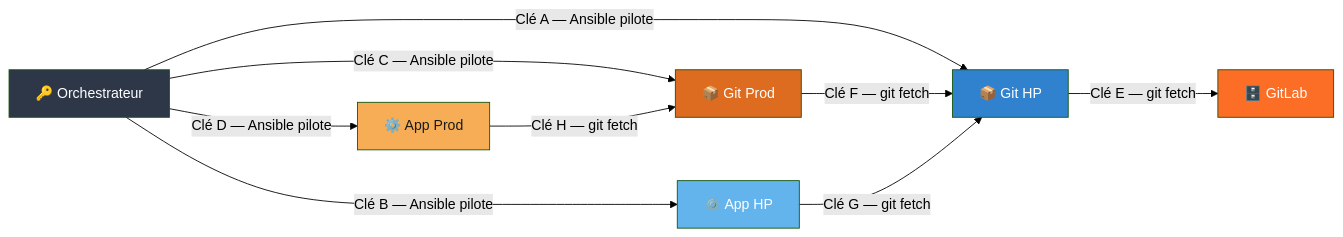
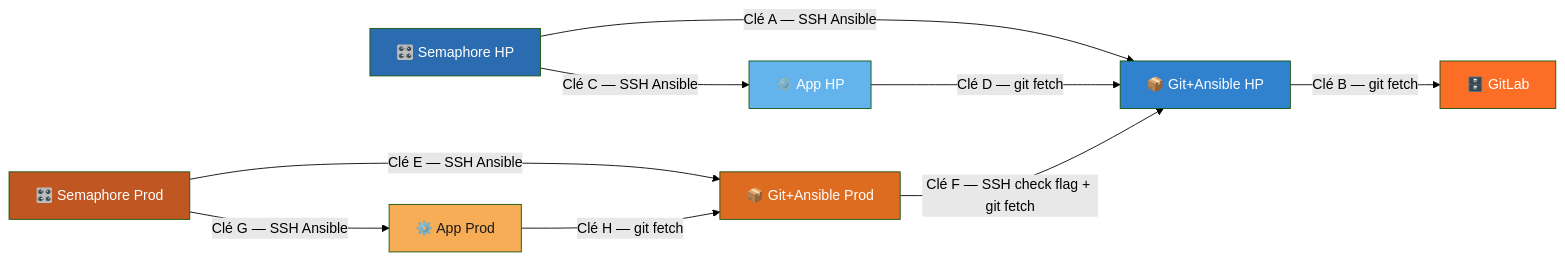
Before and after one commit to s4uroon/CI-CD: the second of 3 diagrams in docs/architecture.md, drawn with Mermaid (forest theme). The commit also changed other lines of this file and 33 other files, not shown here.

````diff
--- a/docs/architecture.md
+++ b/docs/architecture.md
@@ -61,26 +68,28 @@
 ```mermaid
 graph LR
-    ORCH["🔑 Orchestrateur"]
-    GIT_HP["📦 Git HP"]
+    SEM_HP["🎛️ Semaphore HP"]
+    SEM_PROD["🎛️ Semaphore Prod"]
+    GIT_HP["📦 Git+Ansible HP"]
     APP_HP["⚙️ App HP"]
-    GIT_PROD["📦 Git Prod"]
+    GIT_PROD["📦 Git+Ansible Prod"]
     APP_PROD["⚙️ App Prod"]
     GITLAB["🗄️ GitLab"]
 
-    ORCH -->|"Clé A — Ansible pilote"| GIT_HP
-    ORCH -->|"Clé B — Ansible pilote"| APP_HP
-    ORCH -->|"Clé C — Ansible pilote"| GIT_PROD
-    ORCH -->|"Clé D — Ansible pilote"| APP_PROD
+    SEM_HP   -->|"Clé A — SSH Ansible"| GIT_HP
+    GIT_HP   -->|"Clé B — git fetch"| GITLAB
+    SEM_HP   -->|"Clé C — SSH Ansible"| APP_HP
+    APP_HP   -->|"Clé D — git fetch"| GIT_HP
 
-    GIT_HP   -->|"Clé E — git fetch"| GITLAB
-    GIT_PROD -->|"Clé F — git fetch"| GIT_HP
-    APP_HP   -->|"Clé G — git fetch"| GIT_HP
+    SEM_PROD -->|"Clé E — SSH Ansible"| GIT_PROD
+    GIT_PROD -->|"Clé F — SSH check flag + git fetch"| GIT_HP
+    SEM_PROD -->|"Clé G — SSH Ansible"| APP_PROD
     APP_PROD -->|"Clé H — git fetch"| GIT_PROD
 
-    style ORCH fill:#2d3748,color:#fff
+    style SEM_HP fill:#2b6cb0,color:#fff
+    style SEM_PROD fill:#c05621,color:#fff
     style GIT_HP fill:#3182ce,color:#fff
     style APP_HP fill:#63b3ed,color:#fff
     style GIT_PROD fill:#dd6b20,color:#fff
     style APP_PROD fill:#f6ad55,color:#1a1a1a
     style GITLAB fill:#fc6d26,color:#fff
 ```
````
